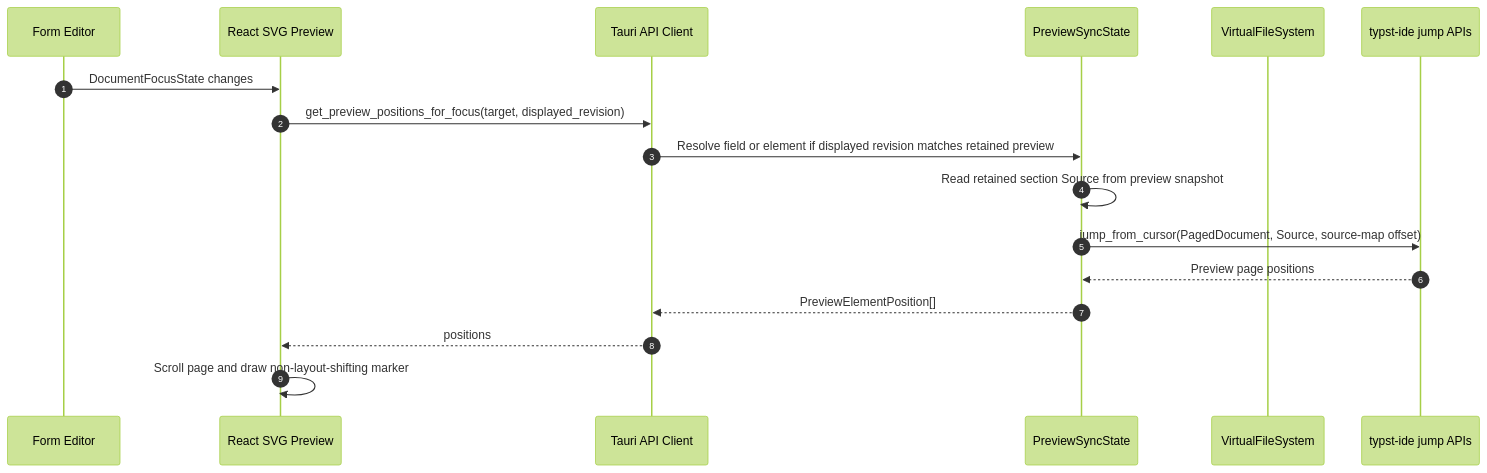
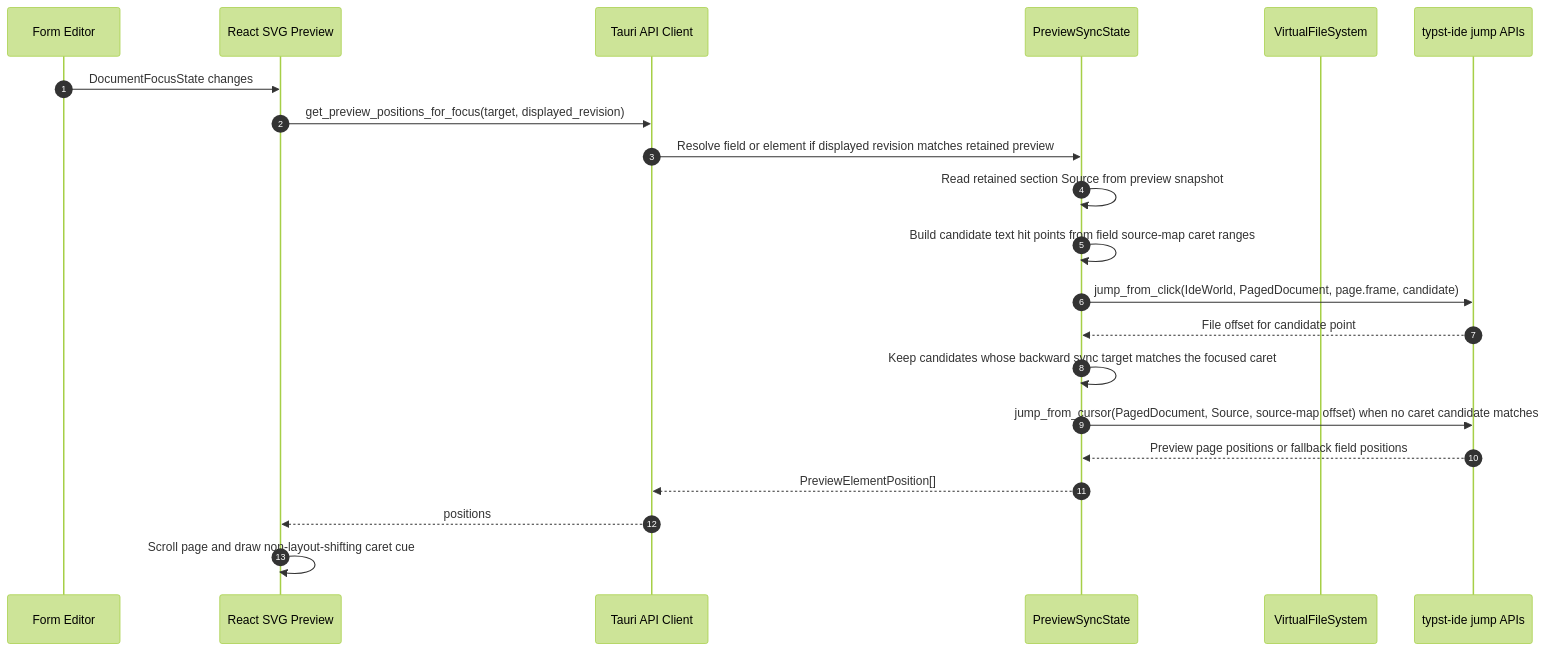
Before and after one commit to andmoreduro/ergo: diagram 11 of 11 in context/sequence-diagrams.md, drawn with Mermaid (forest theme). The commit also changed other lines of this file and 137 other files, not shown here.

````diff
--- a/context/sequence-diagrams.md
+++ b/context/sequence-diagrams.md
@@ -371,21 +378,25 @@
 ```mermaid
 sequenceDiagram
     autonumber
 
     participant Editor as Form Editor
     participant Preview as React SVG Preview
     participant API as Tauri API Client
     participant Sync as PreviewSyncState
     participant VFS as VirtualFileSystem
     participant TypstIDE as typst-ide jump APIs
 
     Editor->>Preview: DocumentFocusState changes
     Preview->>API: get_preview_positions_for_focus(target, displayed_revision)
     API->>Sync: Resolve field or element if displayed revision matches retained preview
     Sync->>Sync: Read retained section Source from preview snapshot
-    Sync->>TypstIDE: jump_from_cursor(PagedDocument, Source, source-map offset)
-    TypstIDE-->>Sync: Preview page positions
+    Sync->>Sync: Build candidate text hit points from field source-map caret ranges
+    Sync->>TypstIDE: jump_from_click(IdeWorld, PagedDocument, page.frame, candidate)
+    TypstIDE-->>Sync: File offset for candidate point
+    Sync->>Sync: Keep candidates whose backward sync target matches the focused caret
+    Sync->>TypstIDE: jump_from_cursor(PagedDocument, Source, source-map offset) when no caret candidate matches
+    TypstIDE-->>Sync: Preview page positions or fallback field positions
     Sync-->>API: PreviewElementPosition[]
     API-->>Preview: positions
-    Preview->>Preview: Scroll page and draw non-layout-shifting marker
+    Preview->>Preview: Scroll page and draw non-layout-shifting caret cue
 ```
````
